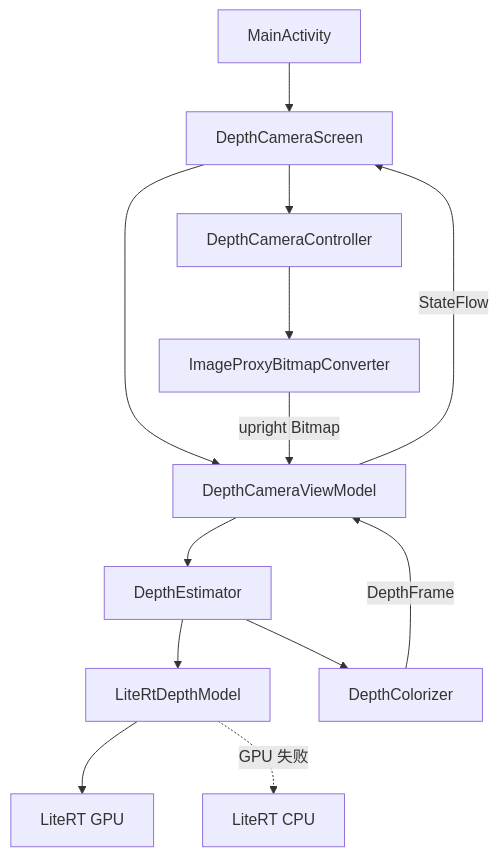
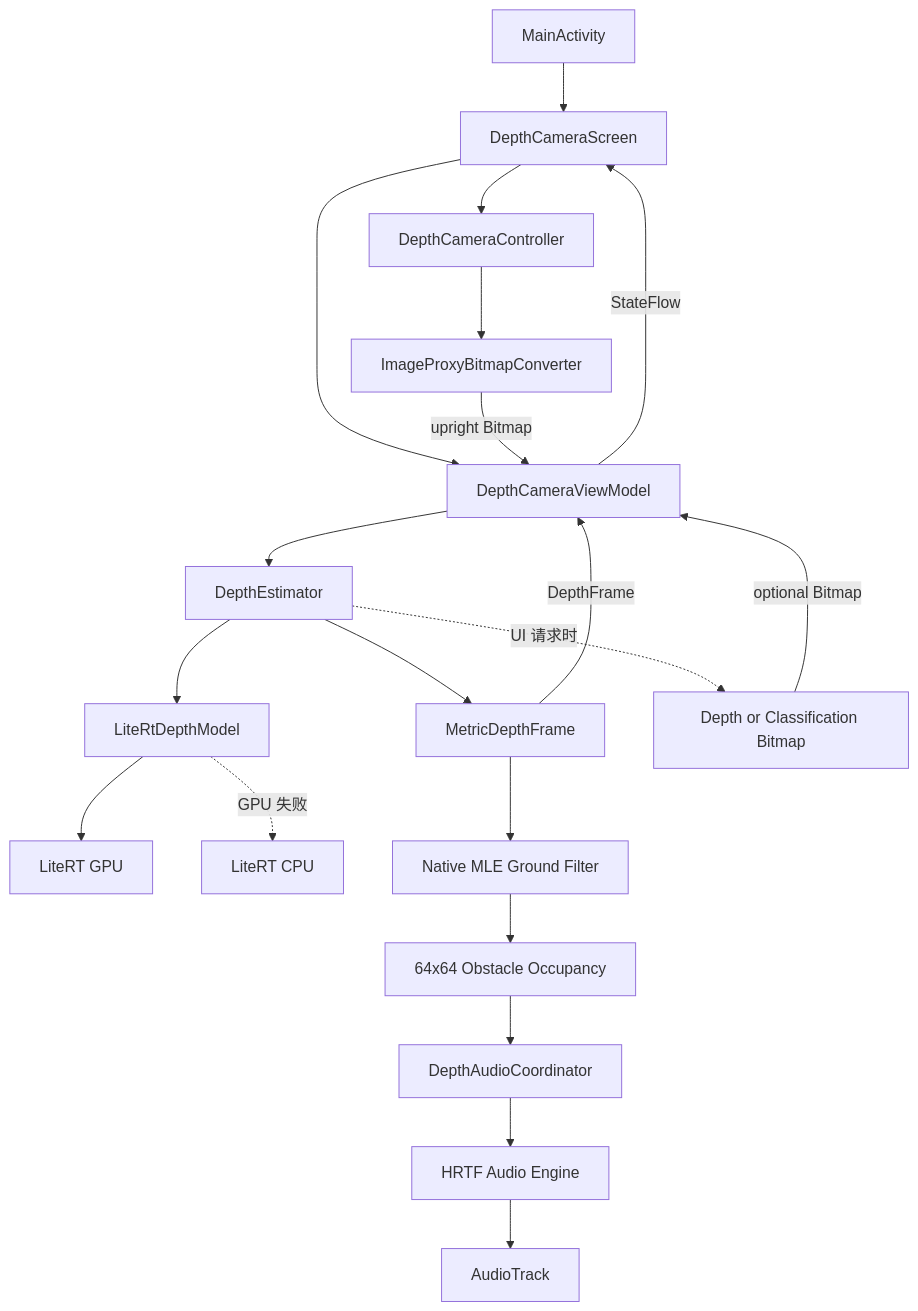
The diagram in README.md (sugarpara/glasses), drawn with Mermaid before and after one commit. The commit also changed other lines of this file and 54 other files, not shown here.

Commit message:
feat: integrate real-time depth-to-audio pipeline

````diff
--- a/README.md
+++ b/README.md
@@ -56,15 +68,22 @@
 ```mermaid
 flowchart TD
     A[MainActivity] --> B[DepthCameraScreen]
     B --> C[DepthCameraController]
     B --> D[DepthCameraViewModel]
     C --> E[ImageProxyBitmapConverter]
     E -->|upright Bitmap| D
     D --> F[DepthEstimator]
     F --> G[LiteRtDepthModel]
     G --> H[LiteRT GPU]
     G -. GPU 失败 .-> I[LiteRT CPU]
-    F --> J[DepthColorizer]
+    F --> J[MetricDepthFrame]
+    J --> K[Native MLE Ground Filter]
+    K --> L[64x64 Obstacle Occupancy]
+    L --> M[DepthAudioCoordinator]
+    M --> N[HRTF Audio Engine]
+    N --> O[AudioTrack]
+    F -. UI 请求时 .-> P[Depth or Classification Bitmap]
     J -->|DepthFrame| D
+    P -->|optional Bitmap| D
     D -->|StateFlow| B
 ```
````
